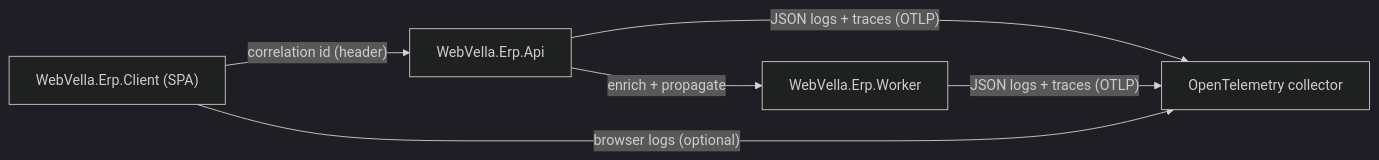
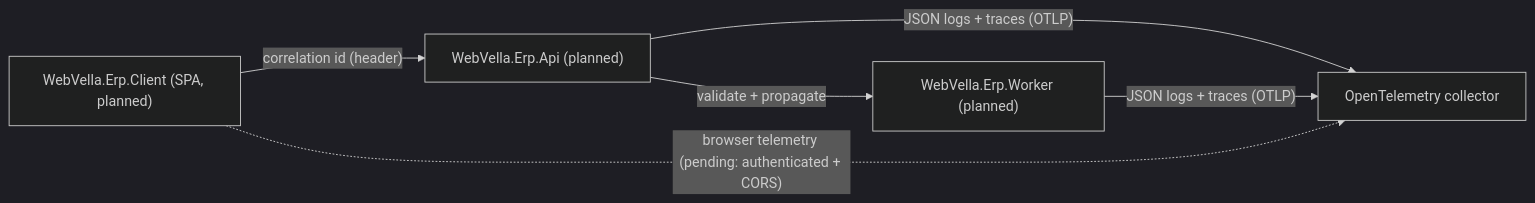
Before and after one commit to Blitzy-Sandbox/blitzy-WebVella-ERP: the diagram in docs/architecture/observability.md, drawn with Mermaid (dark theme). The commit also changed other lines of this file and 38 other files, not shown here.

````diff
--- a/docs/architecture/observability.md
+++ b/docs/architecture/observability.md
@@ -55,8 +71,8 @@
 ```mermaid
 flowchart LR
-    SPA["WebVella.Erp.Client (SPA)"] -->|"correlation id (header)"| API["WebVella.Erp.Api"]
-    API -->|"enrich + propagate"| WORK["WebVella.Erp.Worker"]
+    SPA["WebVella.Erp.Client (SPA, planned)"] -->|"correlation id (header)"| API["WebVella.Erp.Api (planned)"]
+    API -->|"validate + propagate"| WORK["WebVella.Erp.Worker (planned)"]
     API -->|"JSON logs + traces (OTLP)"| COL["OpenTelemetry collector"]
     WORK -->|"JSON logs + traces (OTLP)"| COL
-    SPA -->|"browser logs (optional)"| COL
+    SPA -.->|"browser telemetry (pending: authenticated + CORS)"| COL
 ```
````
